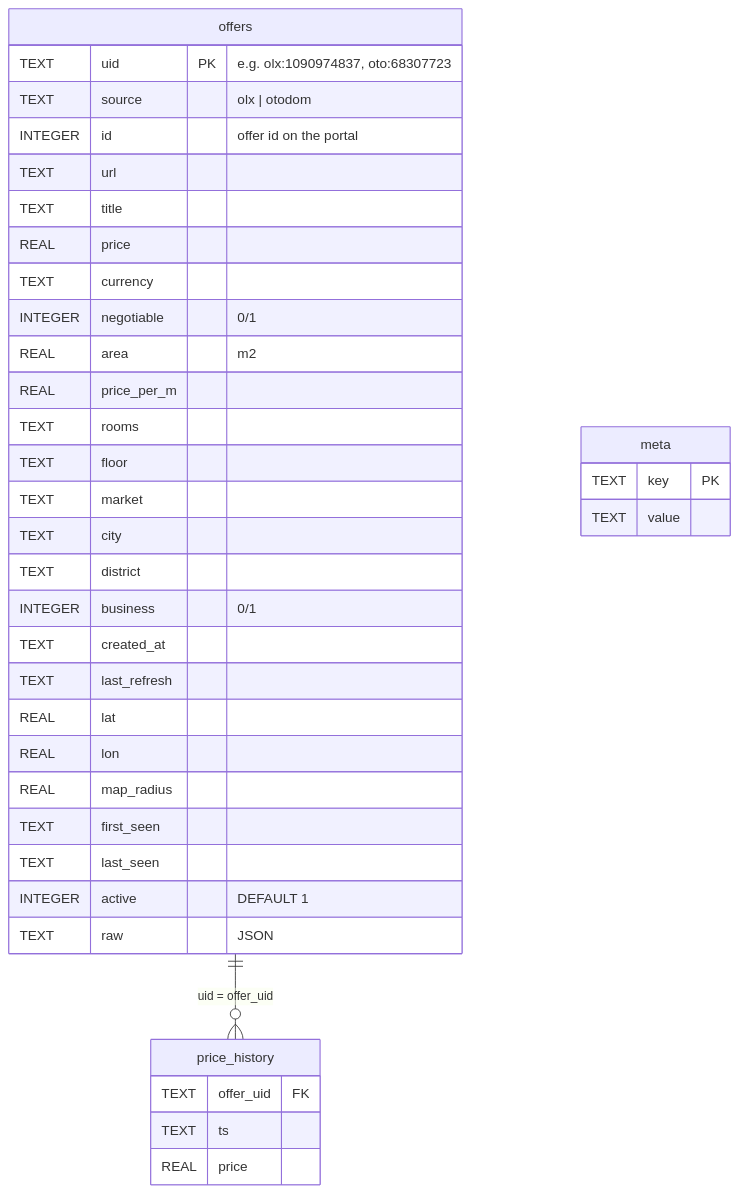
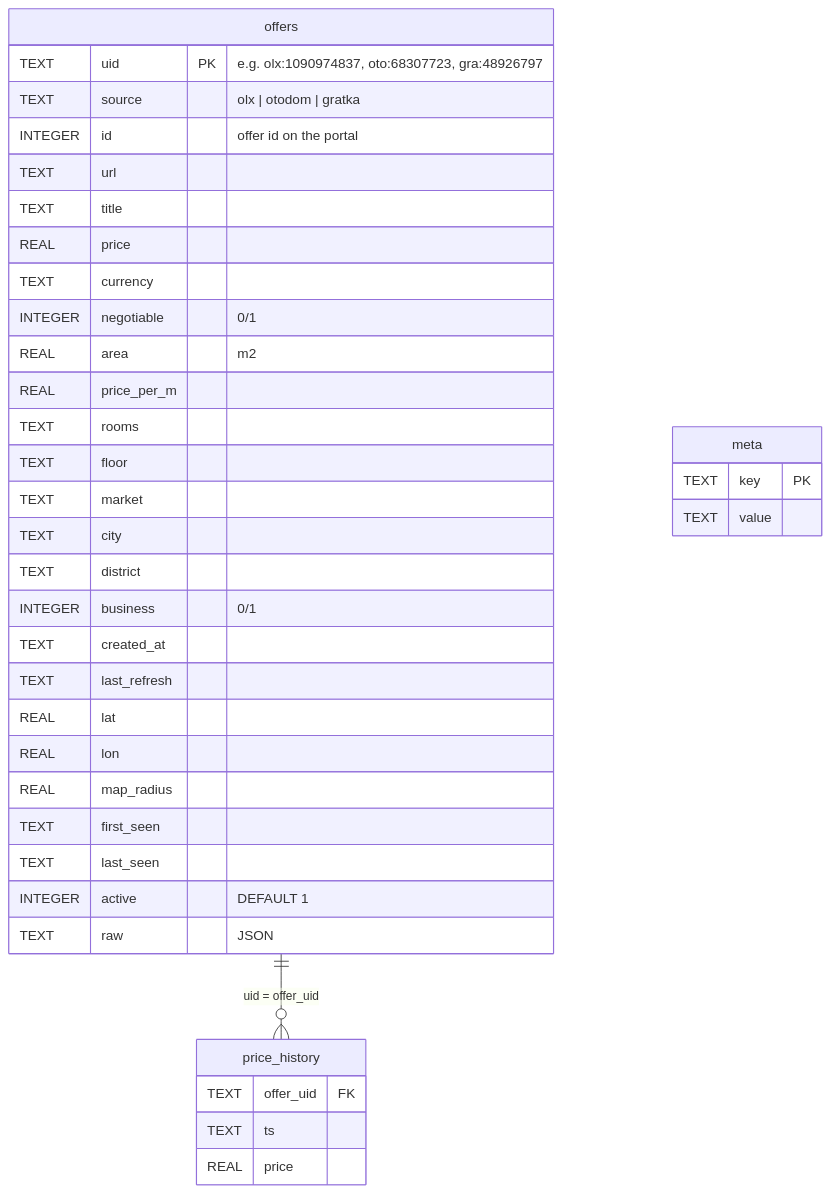
The diagram in docs/database.md (MaciekTW/monitor-ofert), drawn with Mermaid before and after one commit. The commit also changed other lines of this file and 10 other files, not shown here.

Commit message:
Add gratka as new data source

````diff
--- a/docs/database.md
+++ b/docs/database.md
@@ -11,43 +11,43 @@
 ```mermaid
 erDiagram
     offers ||--o{ price_history : "uid = offer_uid"
 
     offers {
-        TEXT    uid PK "e.g. olx:1090974837, oto:68307723"
-        TEXT    source "olx | otodom"
+        TEXT    uid PK "e.g. olx:1090974837, oto:68307723, gra:48926797"
+        TEXT    source "olx | otodom | gratka"
         INTEGER id "offer id on the portal"
         TEXT    url
         TEXT    title
         REAL    price
         TEXT    currency
         INTEGER negotiable "0/1"
         REAL    area "m2"
         REAL    price_per_m
         TEXT    rooms
         TEXT    floor
         TEXT    market
         TEXT    city
         TEXT    district
         INTEGER business "0/1"
         TEXT    created_at
         TEXT    last_refresh
         REAL    lat
         REAL    lon
         REAL    map_radius
         TEXT    first_seen
         TEXT    last_seen
         INTEGER active "DEFAULT 1"
         TEXT    raw "JSON"
     }
 
     price_history {
         TEXT offer_uid FK
         TEXT ts
         REAL price
     }
 
     meta {
         TEXT key PK
         TEXT value
     }
 ```
````
